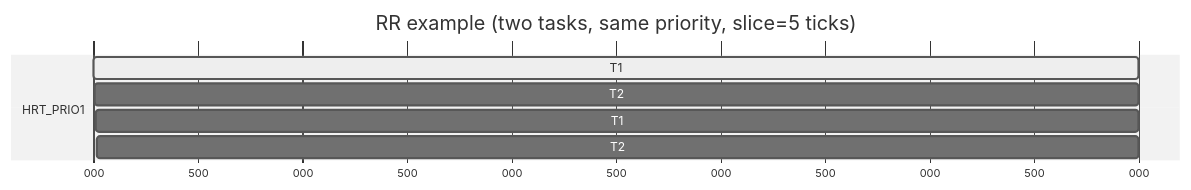
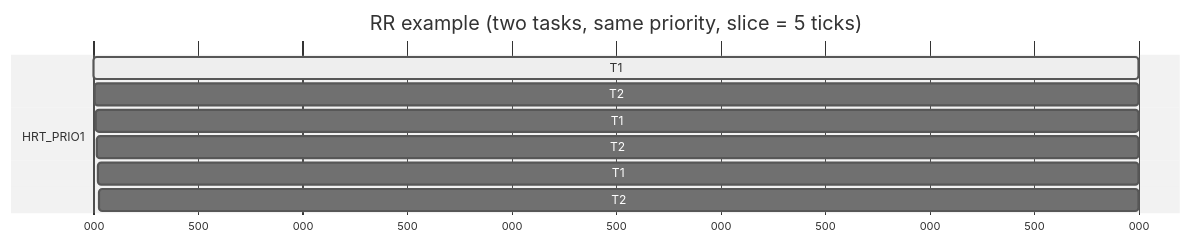
The first of 2 diagrams in docs/EXAMPLES_C.md (ExoSpaceLabs/hardrt), drawn with Mermaid (neutral theme) before and after one commit. The commit also changed other lines of this file and 1 other file, not shown here.

Commit message:
fix(heartos): mermaid diagrams rendering.

````diff
--- a/docs/EXAMPLES_C.md
+++ b/docs/EXAMPLES_C.md
@@ -67,12 +67,14 @@
 ```mermaid
 gantt
-  title RR example (two tasks, same priority, slice=5 ticks)
+  title RR example (two tasks, same priority, slice = 5 ticks)
   dateFormat  X
   axisFormat  %L
 
   section HRT_PRIO1
   T1 :active, 0, 5
   T2 : 5, 5
   T1 : 10, 5
   T2 : 15, 5
+  T1 : 20, 5
+  T2 : 25, 5
 ```
````
